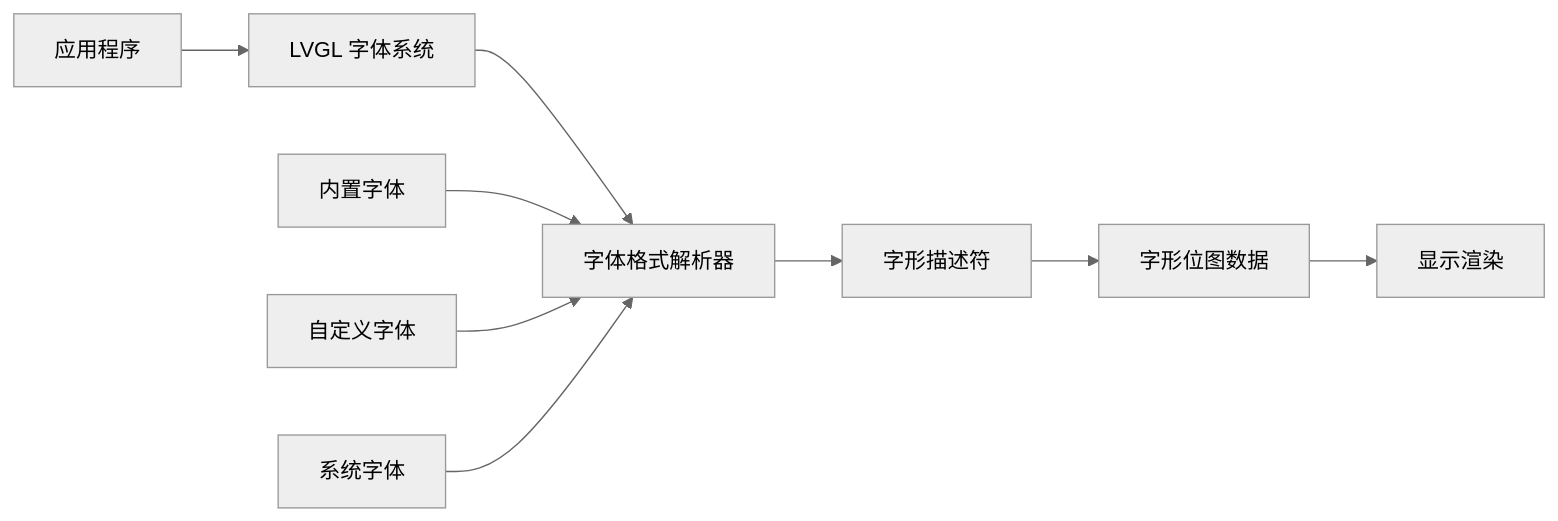
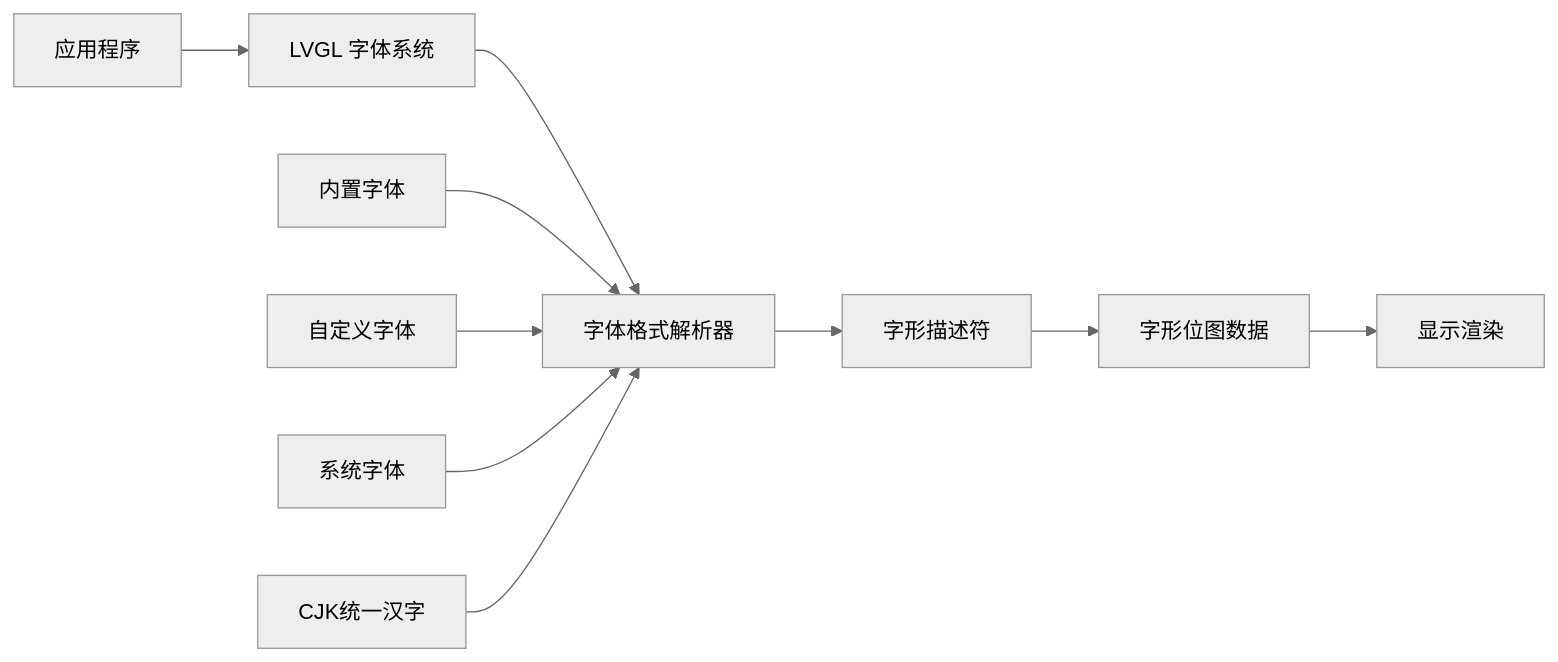
The eighth of 8 diagrams in .qoder/repowiki/zh/content/功能模块详解/中文字符支持.md (Drunk552/SmartAttendance), drawn with Mermaid (neutral theme) before and after one commit. The commit also changed other lines of this file and 15 other files, not shown here.

````diff
--- a/.qoder/repowiki/zh/content/功能模块详解/中文字符支持.md
+++ b/.qoder/repowiki/zh/content/功能模块详解/中文字符支持.md
@@ -334,11 +380,12 @@
 ```mermaid
 graph LR
 A[应用程序] --> B[LVGL 字体系统]
 B --> C[字体格式解析器]
 C --> D[字形描述符]
 D --> E[字形位图数据]
 E --> F[显示渲染]
 G[内置字体] --> C
 H[自定义字体] --> C
 I[系统字体] --> C
+J[CJK统一汉字] --> C
 ```
````
